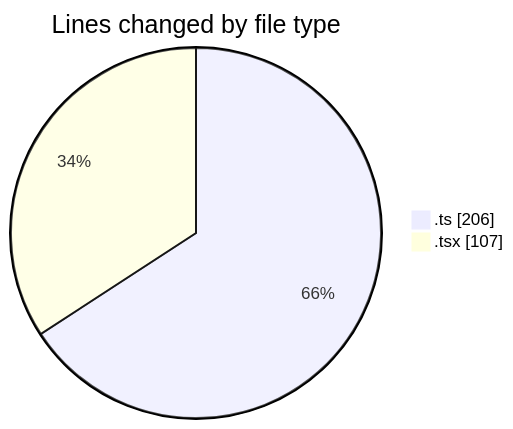
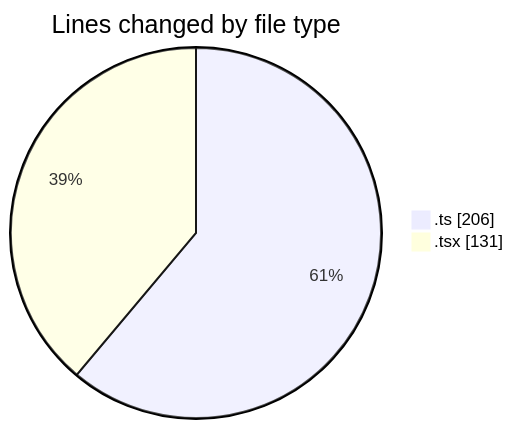
One commit to robertbonfada/code-tracking changed the first of 2 diagrams in 2025-01-27/termonied-web/README.md. Above: the diagram before and after it, drawn with Mermaid. The commit also changed other lines of this file and 1 other file, not shown here.

````diff
--- a/2025-01-27/termonied-web/README.md
+++ b/2025-01-27/termonied-web/README.md
@@ -23,6 +23,6 @@
 ```mermaid
 pie showData
 title Lines changed by file type
 ".ts" : 206
-".tsx" : 107
+".tsx" : 131
 ```
````
